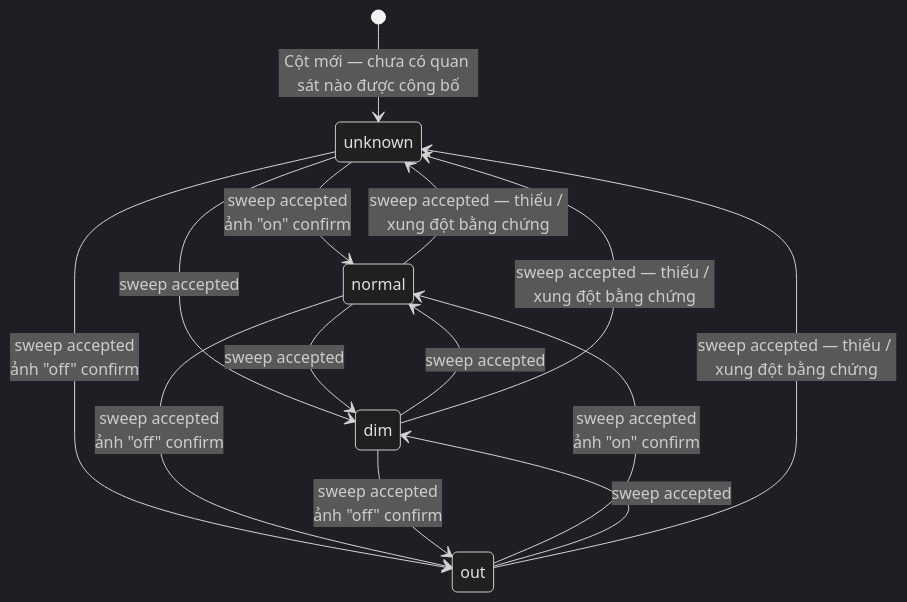
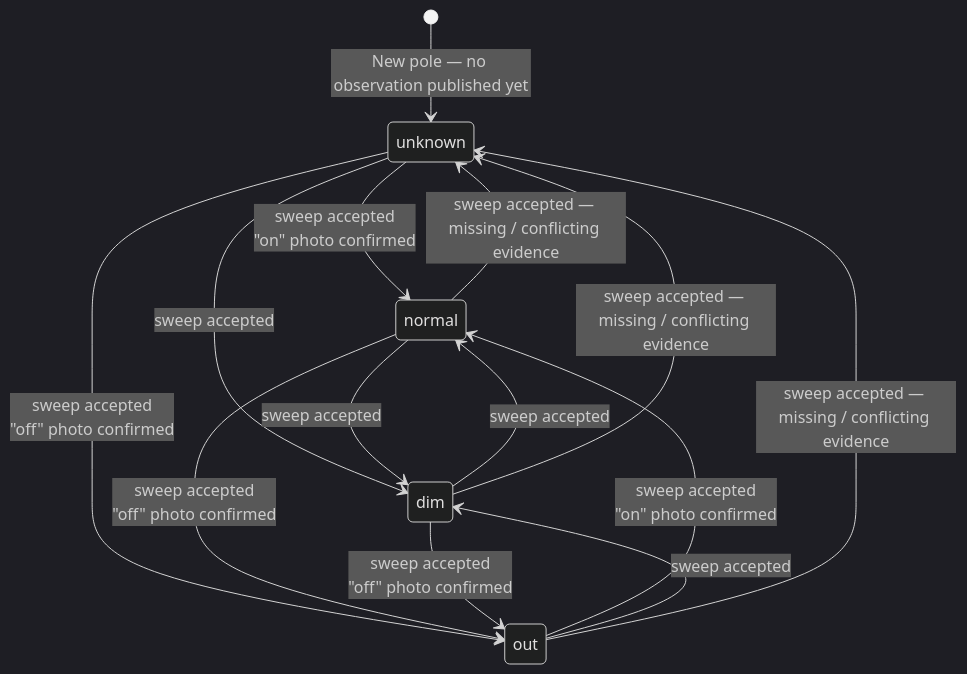
The tenth of 14 diagrams in docs/state-machines.md (LuxMapLabs/luxmap_backend), drawn with Mermaid (dark theme) before and after one commit. The commit also changed other lines of this file and 2 other files, not shown here.

First line of the commit message:
docs(state-machines): translate the state machine diagrams to English

````diff
--- a/docs/state-machines.md
+++ b/docs/state-machines.md
@@ -321,16 +342,16 @@
 ```mermaid
 stateDiagram-v2
-    [*] --> unknown : Cột mới — chưa có quan sát nào được công bố
-    unknown --> normal : sweep accepted<br/>ảnh "on" confirm
+    [*] --> unknown : New pole — no observation published yet
+    unknown --> normal : sweep accepted<br/>"on" photo confirmed
     unknown --> dim : sweep accepted
-    unknown --> out : sweep accepted<br/>ảnh "off" confirm
+    unknown --> out : sweep accepted<br/>"off" photo confirmed
     normal --> dim : sweep accepted
     dim --> normal : sweep accepted
-    normal --> out : sweep accepted<br/>ảnh "off" confirm
-    out --> normal : sweep accepted<br/>ảnh "on" confirm
-    dim --> out : sweep accepted<br/>ảnh "off" confirm
+    normal --> out : sweep accepted<br/>"off" photo confirmed
+    out --> normal : sweep accepted<br/>"on" photo confirmed
+    dim --> out : sweep accepted<br/>"off" photo confirmed
     out --> dim : sweep accepted
-    normal --> unknown : sweep accepted — thiếu / xung đột bằng chứng
-    dim --> unknown : sweep accepted — thiếu / xung đột bằng chứng
-    out --> unknown : sweep accepted — thiếu / xung đột bằng chứng
+    normal --> unknown : sweep accepted — missing / conflicting evidence
+    dim --> unknown : sweep accepted — missing / conflicting evidence
+    out --> unknown : sweep accepted — missing / conflicting evidence
 ```
````
